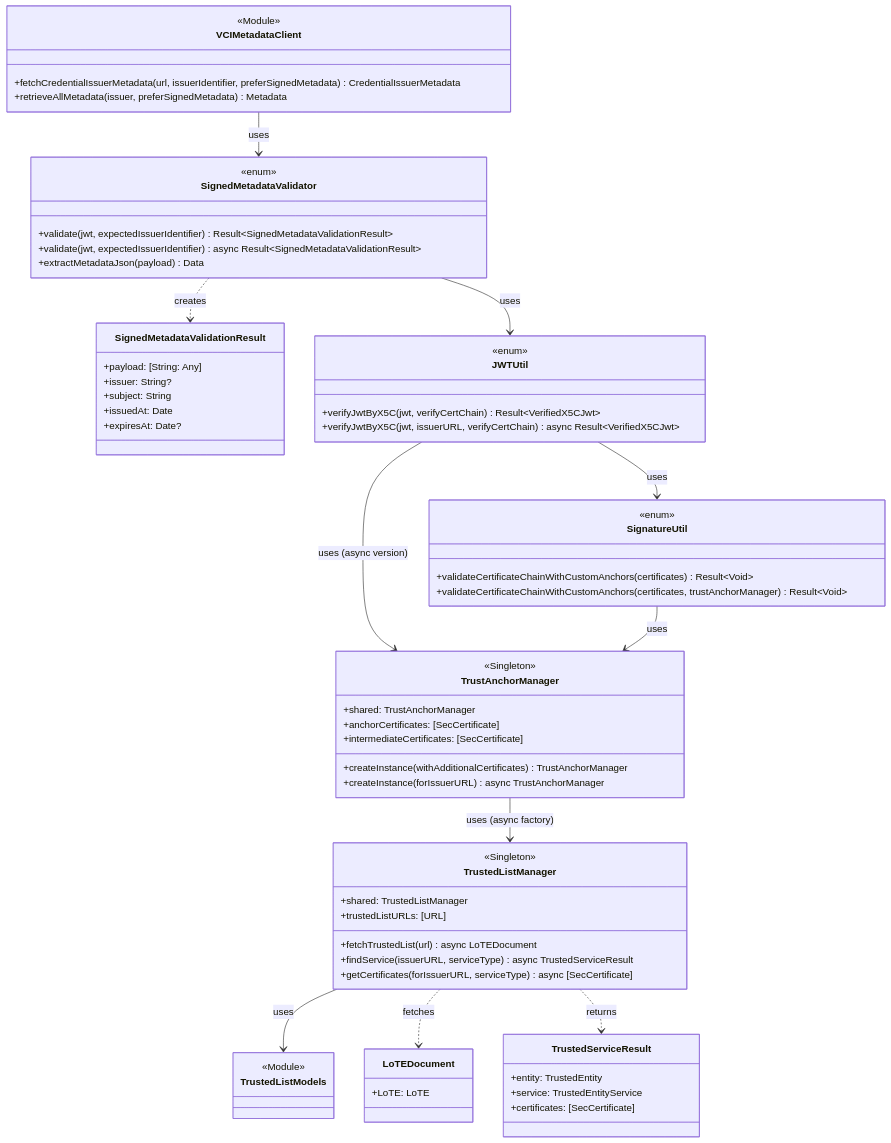
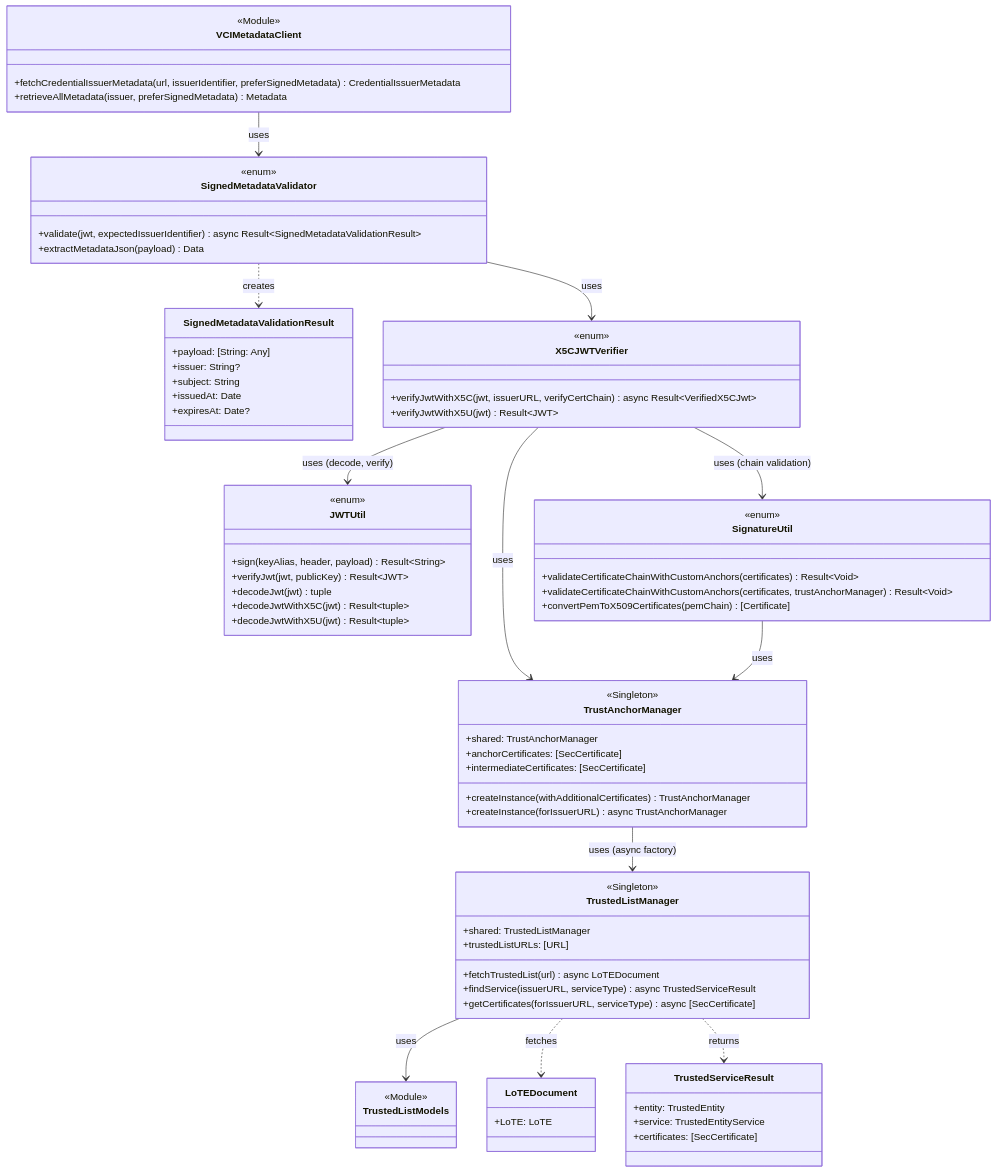
Before and after one commit to ryosuke-wakaba/OWND-Wallet-iOS: the first of 3 diagrams in docs/features/credential-issuance/metadata-verification.md, drawn with Mermaid. The commit also changed other lines of this file and 2 other files, not shown here.

First line of the commit message:
refactor: Move JWT decode and x5c/x5u extraction to JWTUtil

```diff
--- a/docs/features/credential-issuance/metadata-verification.md
+++ b/docs/features/credential-issuance/metadata-verification.md
@@ -31,7 +31,6 @@
 
     class SignedMetadataValidator {
         <<enum>>
-        +validate(jwt, expectedIssuerIdentifier) Result~SignedMetadataValidationResult~
         +validate(jwt, expectedIssuerIdentifier) async Result~SignedMetadataValidationResult~
         +extractMetadataJson(payload) Data
     }
@@ -78,25 +77,36 @@
         +createInstance(forIssuerURL) async TrustAnchorManager
     }
 
+    class X5CJWTVerifier {
+        <<enum>>
+        +verifyJwtWithX5C(jwt, issuerURL, verifyCertChain) async Result~VerifiedX5CJwt~
+        +verifyJwtWithX5U(jwt) Result~JWT~
+    }
+
     class JWTUtil {
         <<enum>>
-        +verifyJwtByX5C(jwt, verifyCertChain) Result~VerifiedX5CJwt~
-        +verifyJwtByX5C(jwt, issuerURL, verifyCertChain) async Result~VerifiedX5CJwt~
+        +sign(keyAlias, header, payload) Result~String~
+        +verifyJwt(jwt, publicKey) Result~JWT~
+        +decodeJwt(jwt) tuple
+        +decodeJwtWithX5C(jwt) Result~tuple~
+        +decodeJwtWithX5U(jwt) Result~tuple~
     }
 
     class SignatureUtil {
         <<enum>>
         +validateCertificateChainWithCustomAnchors(certificates) Result~Void~
         +validateCertificateChainWithCustomAnchors(certificates, trustAnchorManager) Result~Void~
+        +convertPemToX509Certificates(pemChain) [Certificate]
     }
 
     %% Relationships
     VCIMetadataClient --> SignedMetadataValidator : uses
-    SignedMetadataValidator --> JWTUtil : uses
+    SignedMetadataValidator --> X5CJWTVerifier : uses
     SignedMetadataValidator ..> SignedMetadataValidationResult : creates
 
-    JWTUtil --> SignatureUtil : uses
-    JWTUtil --> TrustAnchorManager : uses (async version)
+    X5CJWTVerifier --> JWTUtil : uses (decode, verify)
+    X5CJWTVerifier --> SignatureUtil : uses (chain validation)
+    X5CJWTVerifier --> TrustAnchorManager : uses
 
     SignatureUtil --> TrustAnchorManager : uses
 
```
